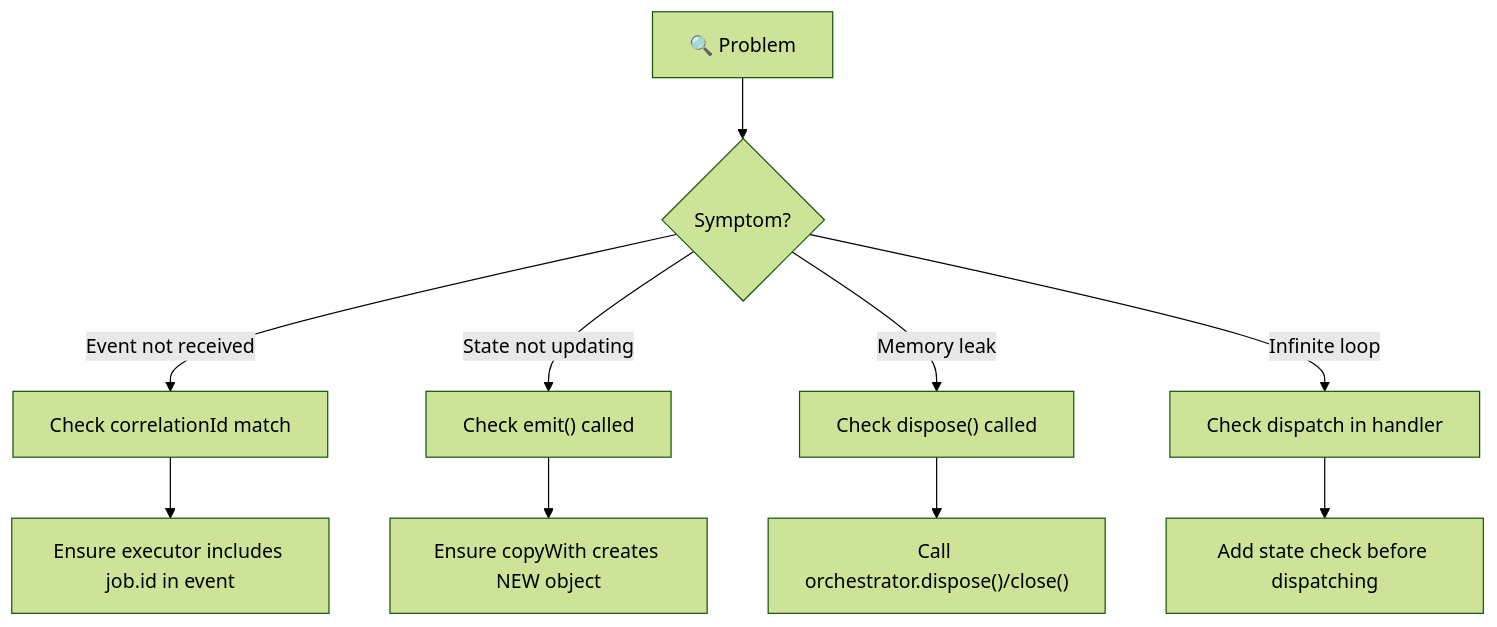
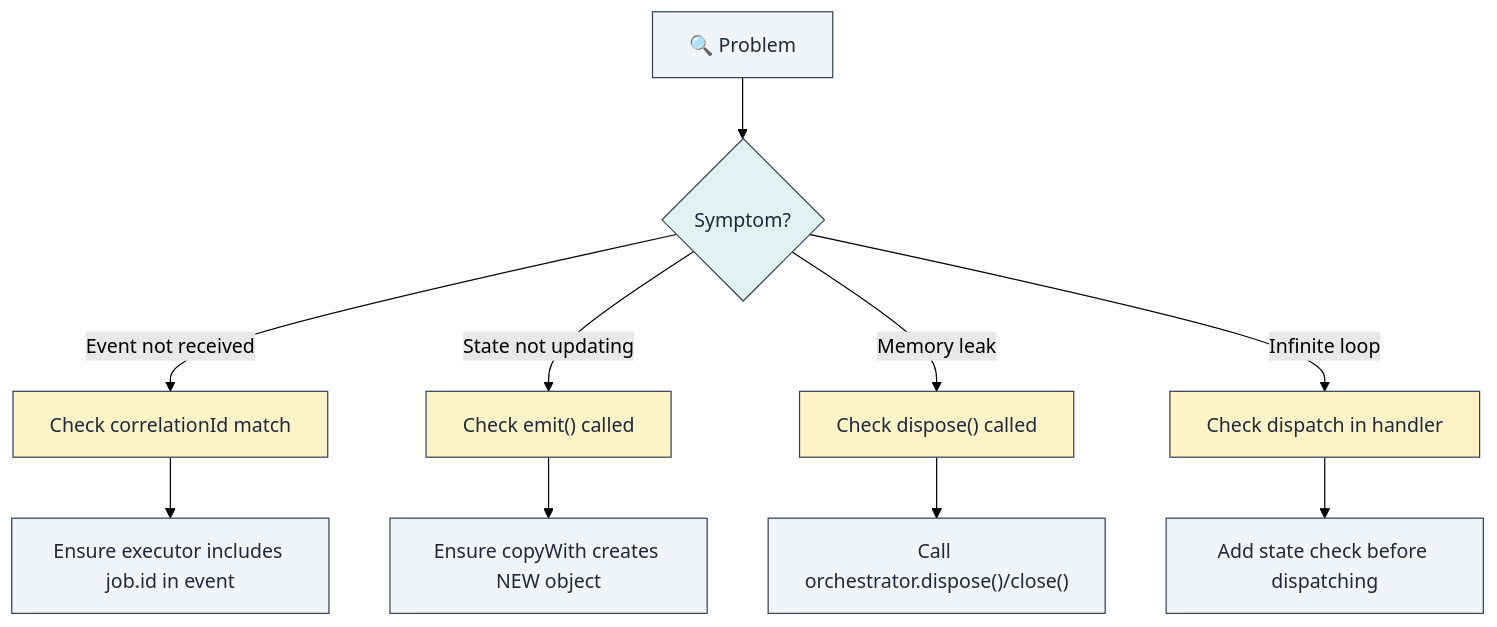
One commit to lploc94/flutter_orchestrator changed diagram 13 of 14 in book/chapters/07_best_practices.md. Above: the diagram before and after it, drawn with Mermaid (forest theme). The commit also changed other lines of this file and 4 other files, not shown here.

````diff
--- a/book/chapters/07_best_practices.md
+++ b/book/chapters/07_best_practices.md
@@ -328,14 +411,25 @@
 ```mermaid
 flowchart TD
     Problem["🔍 Problem"] --> Symptom{"Symptom?"}
     
     Symptom -->|"Event not received"| Check1["Check correlationId match"]
     Symptom -->|"State not updating"| Check2["Check emit() called"]
     Symptom -->|"Memory leak"| Check3["Check dispose() called"]
     Symptom -->|"Infinite loop"| Check4["Check dispatch in handler"]
     
     Check1 --> Fix1["Ensure executor includes job.id in event"]
     Check2 --> Fix2["Ensure copyWith creates NEW object"]
     Check3 --> Fix3["Call orchestrator.dispose()/close()"]
     Check4 --> Fix4["Add state check before dispatching"]
+    
+    style Problem fill:#f1f5f9,stroke:#334155,color:#1e293b
+    style Symptom fill:#e0f2f1,stroke:#334155,color:#1e293b
+    style Check1 fill:#fef3c7,stroke:#334155,color:#1e293b
+    style Check2 fill:#fef3c7,stroke:#334155,color:#1e293b
+    style Check3 fill:#fef3c7,stroke:#334155,color:#1e293b
+    style Check4 fill:#fef3c7,stroke:#334155,color:#1e293b
+    style Fix1 fill:#f1f5f9,stroke:#334155,color:#1e293b
+    style Fix2 fill:#f1f5f9,stroke:#334155,color:#1e293b
+    style Fix3 fill:#f1f5f9,stroke:#334155,color:#1e293b
+    style Fix4 fill:#f1f5f9,stroke:#334155,color:#1e293b
 ```
````
